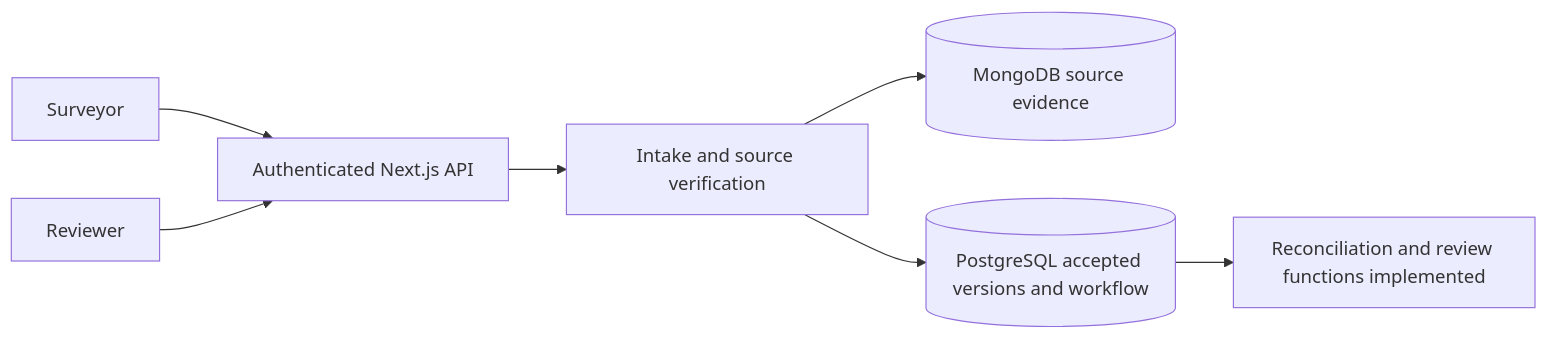
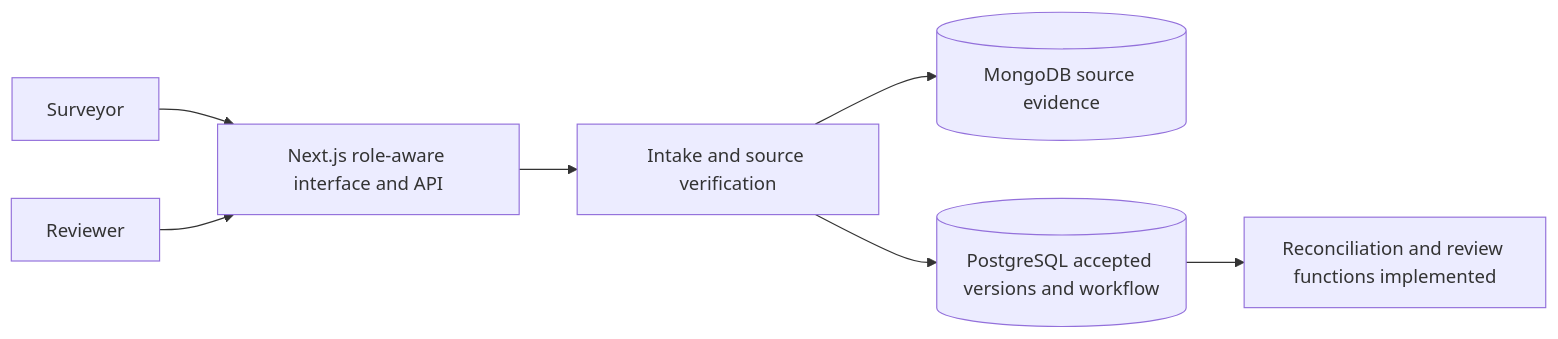
One commit to looney2000s/fieldmerge changed the diagram in README.md. Above: the diagram before and after it, drawn with Mermaid. The commit also changed other lines of this file and 62 other files, not shown here.

Commit message:
Build surveyor and reviewer workflow interface with browser verification

````diff
--- a/README.md
+++ b/README.md
@@ -17,9 +19,9 @@
 ```mermaid
 flowchart LR
-    S[Surveyor] --> UI[Authenticated Next.js API]
+    S[Surveyor] --> UI[Next.js role-aware interface and API]
     R[Reviewer] --> UI
     UI --> IN[Intake and source verification]
     IN --> M[(MongoDB source evidence)]
     IN --> P[(PostgreSQL accepted versions and workflow)]
     P --> W[Reconciliation and review functions implemented]
 ```
````
